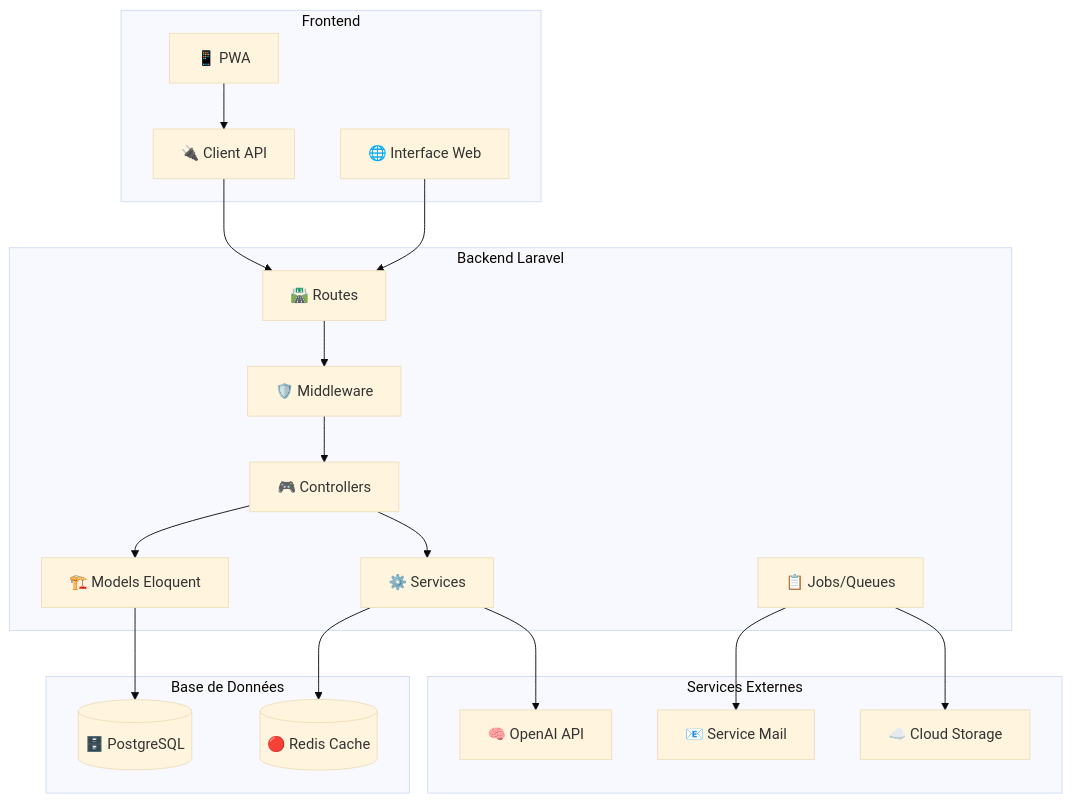
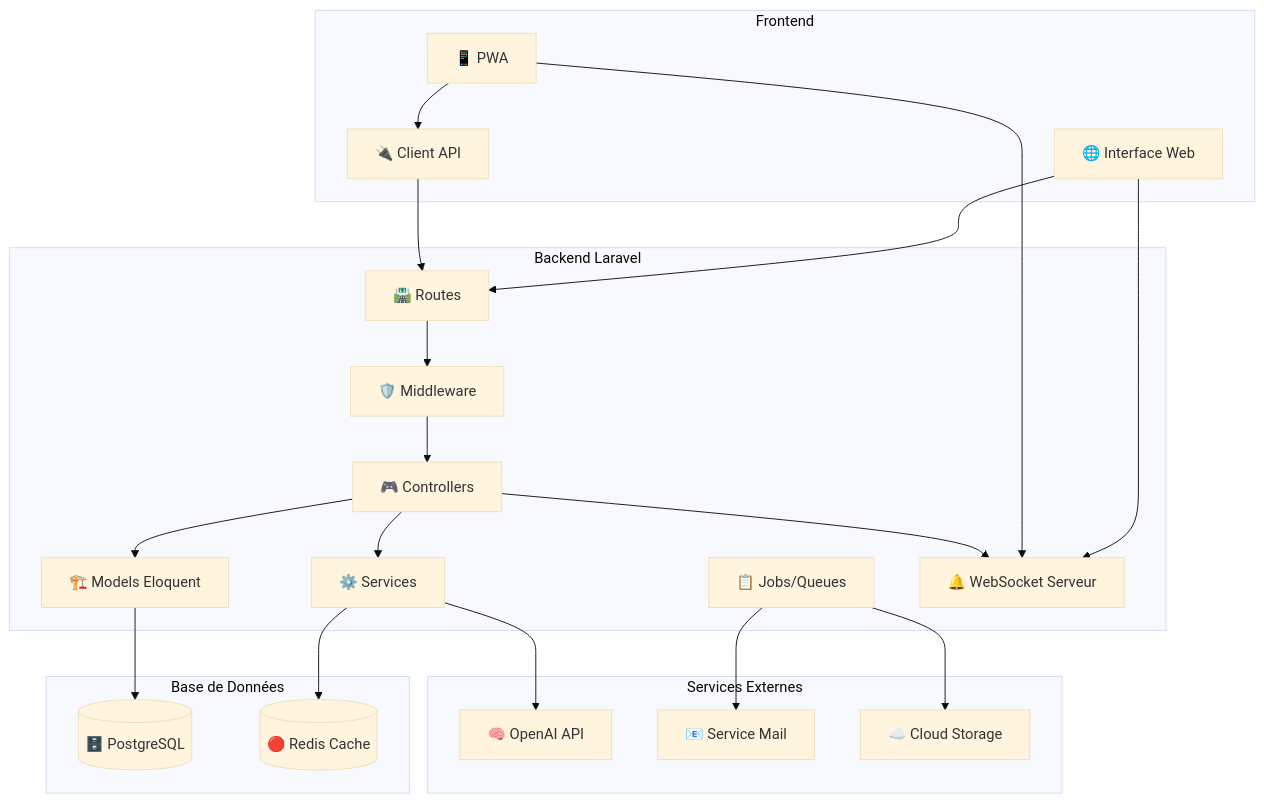
One commit to ggaillard/bibliotech-laravel-bts-sio-Beta changed the first of 2 diagrams in README.md. Above: the diagram before and after it, drawn with Mermaid (base theme). The commit also changed other lines of this file, not shown here.

Commit message:
Ajout de la section WebSocket dans le diagramme et mise à jour des technologies utilisées pour inclure WebSocket, API REST, notifications, gestion des rôles et permissions, ainsi que des tests automatisés et CI/CD.

````diff
--- a/README.md
+++ b/README.md
@@ -69,41 +69,45 @@
 ```mermaid
 graph TB
     subgraph "Frontend"
         UI[🌐 Interface Web]
         PWA[📱 PWA]
         API_CLIENT[🔌 Client API]
     end
     
     subgraph "Backend Laravel"
         ROUTES[🛣️ Routes]
         MIDDLEWARE[🛡️ Middleware]
         CONTROLLERS[🎮 Controllers]
         MODELS[🏗️ Models Eloquent]
         SERVICES[⚙️ Services]
         JOBS[📋 Jobs/Queues]
+        WEBSOCKET[🔔 WebSocket Serveur]
     end
     
     subgraph "Base de Données"
         POSTGRES[(🗄️ PostgreSQL)]
         REDIS[(🔴 Redis Cache)]
     end
     
     subgraph "Services Externes"
         OPENAI[🧠 OpenAI API]
         MAIL[📧 Service Mail]
         STORAGE[☁️ Cloud Storage]
     end
     
     UI --> ROUTES
     PWA --> API_CLIENT
     API_CLIENT --> ROUTES
+    UI --> WEBSOCKET
+    PWA --> WEBSOCKET
     ROUTES --> MIDDLEWARE
     MIDDLEWARE --> CONTROLLERS
     CONTROLLERS --> SERVICES
     CONTROLLERS --> MODELS
+    CONTROLLERS --> WEBSOCKET
     MODELS --> POSTGRES
     SERVICES --> REDIS
     SERVICES --> OPENAI
     JOBS --> MAIL
     JOBS --> STORAGE
 ```
````
